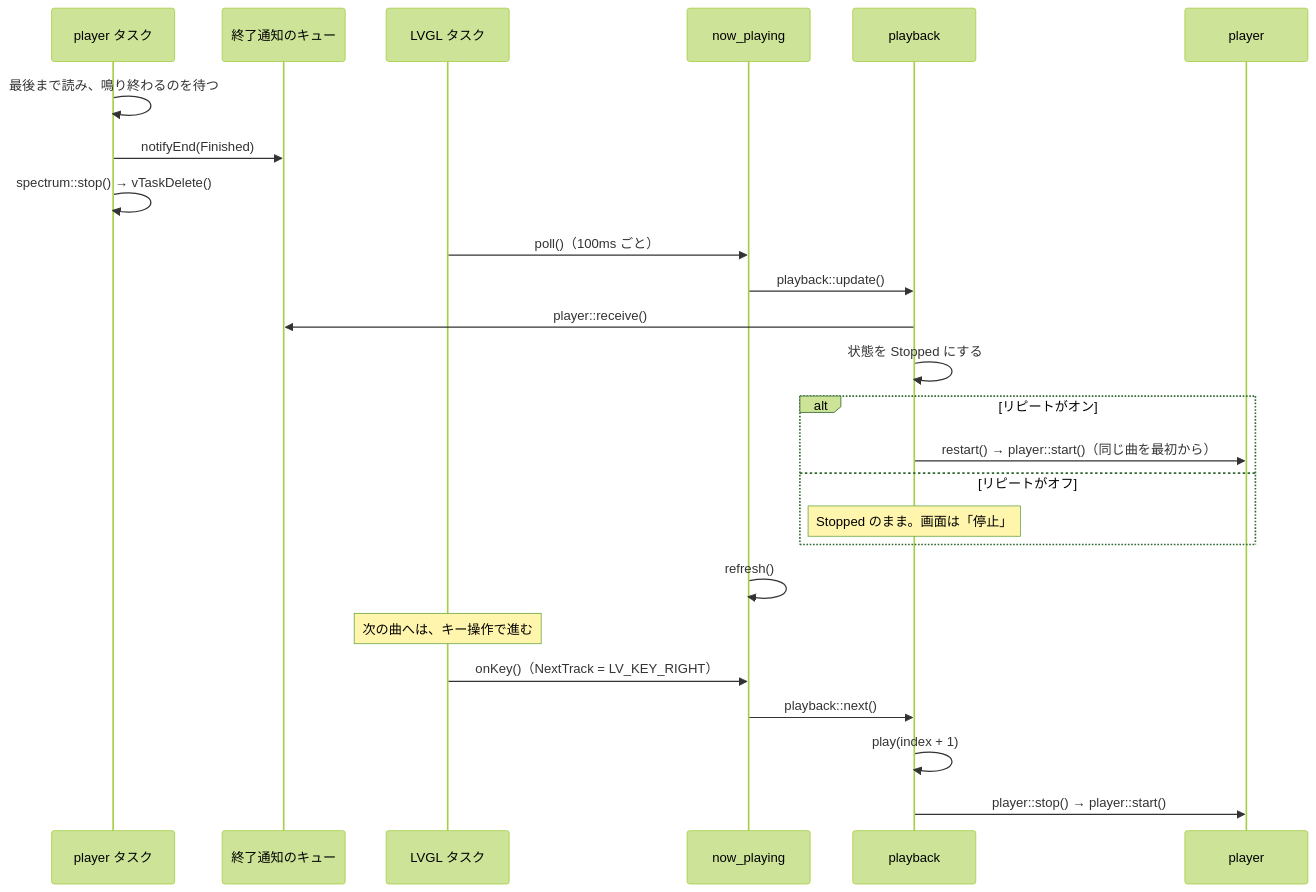
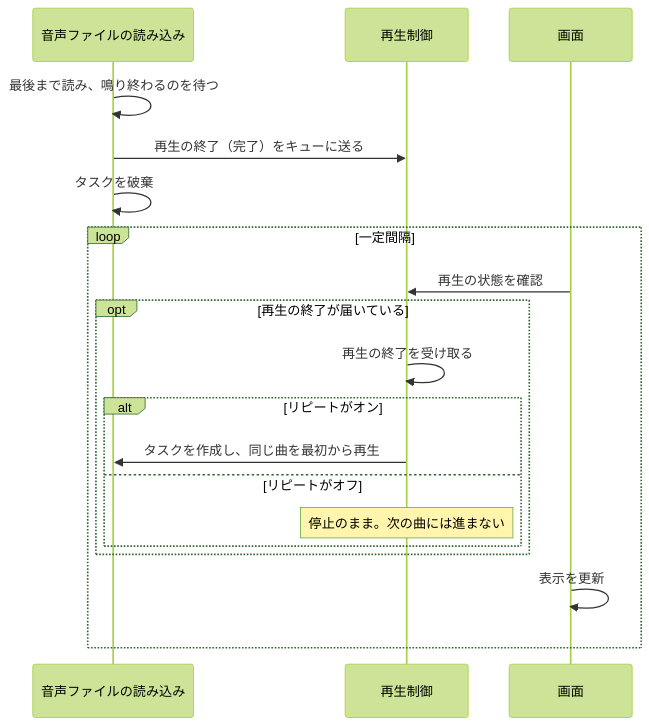
Before and after one commit to stonedev-app/pocket-deck: the fourth of 5 diagrams in docs/architecture/sequences.md, drawn with Mermaid (forest theme). The commit also changed other lines of this file and 10 other files, not shown here.

First line of the commit message:
docs: sequences.md を概念の流れで描き直し、英数字前後の空白をなくす

````diff
--- a/docs/architecture/sequences.md
+++ b/docs/architecture/sequences.md
@@ -113,28 +87,22 @@
 ```mermaid
 sequenceDiagram
-    participant PT as player タスク
-    participant Q as 終了通知のキュー
-    participant L as LVGL タスク
-    participant NP as now_playing
-    participant PB as playback
-    participant P as player
+    participant P as 音声ファイルの読み込み
+    participant PB as 再生制御
+    participant UI as 画面
 
-    PT->>PT: 最後まで読み、鳴り終わるのを待つ
-    PT->>Q: notifyEnd(Finished)
-    PT->>PT: spectrum::stop() → vTaskDelete()
-    L->>NP: poll()（100ms ごと）
-    NP->>PB: playback::update()
-    PB->>Q: player::receive()
-    PB->>PB: 状態を Stopped にする
-    alt リピートがオン
-        PB->>P: restart() → player::start()（同じ曲を最初から）
-    else リピートがオフ
-        Note over PB: Stopped のまま。画面は「停止」
+    P->>P: 最後まで読み、鳴り終わるのを待つ
+    P->>PB: 再生の終了（完了）をキューに送る
+    P->>P: タスクを破棄
+    loop 一定間隔
+        UI->>PB: 再生の状態を確認
+        opt 再生の終了が届いている
+            PB->>PB: 再生の終了を受け取る
+            alt リピートがオン
+                PB->>P: タスクを作成し、同じ曲を最初から再生
+            else リピートがオフ
+                Note over PB: 停止のまま。次の曲には進まない
+            end
+        end
+        UI->>UI: 表示を更新
     end
-    NP->>NP: refresh()
-    Note over L: 次の曲へは、キー操作で進む
-    L->>NP: onKey()（NextTrack = LV_KEY_RIGHT）
-    NP->>PB: playback::next()
-    PB->>PB: play(index + 1)
-    PB->>P: player::stop() → player::start()
 ```
````
